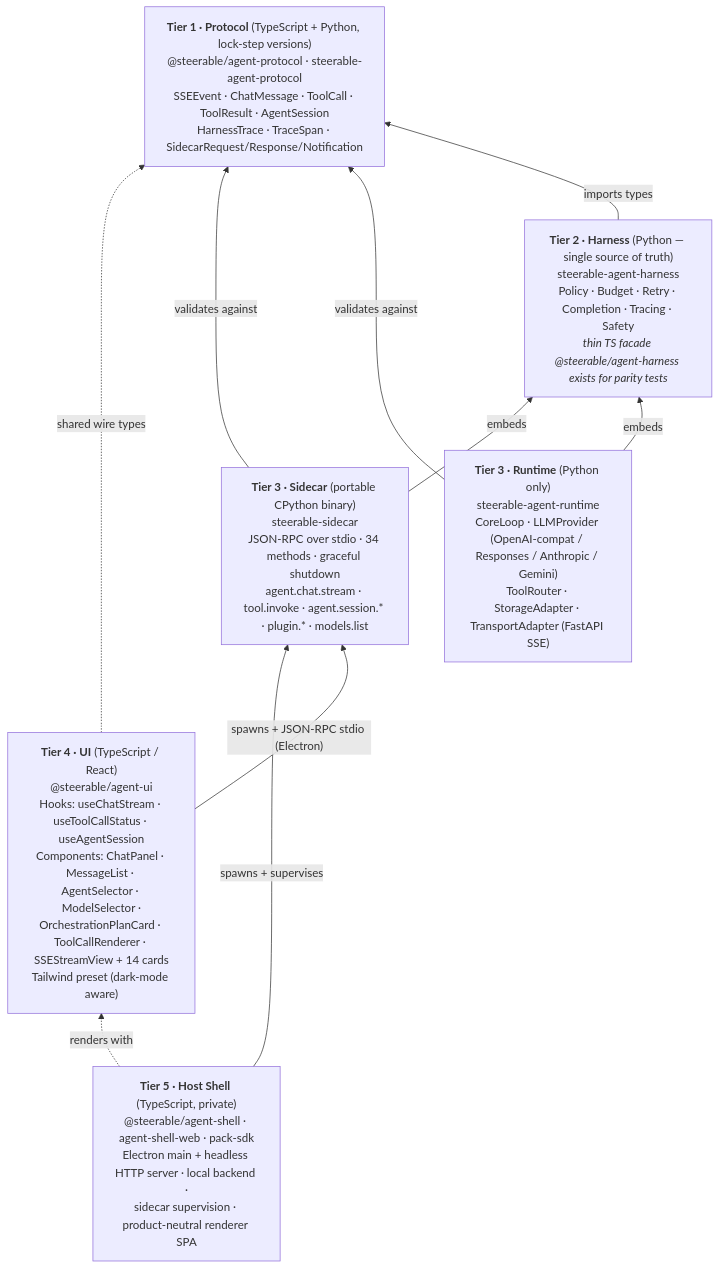
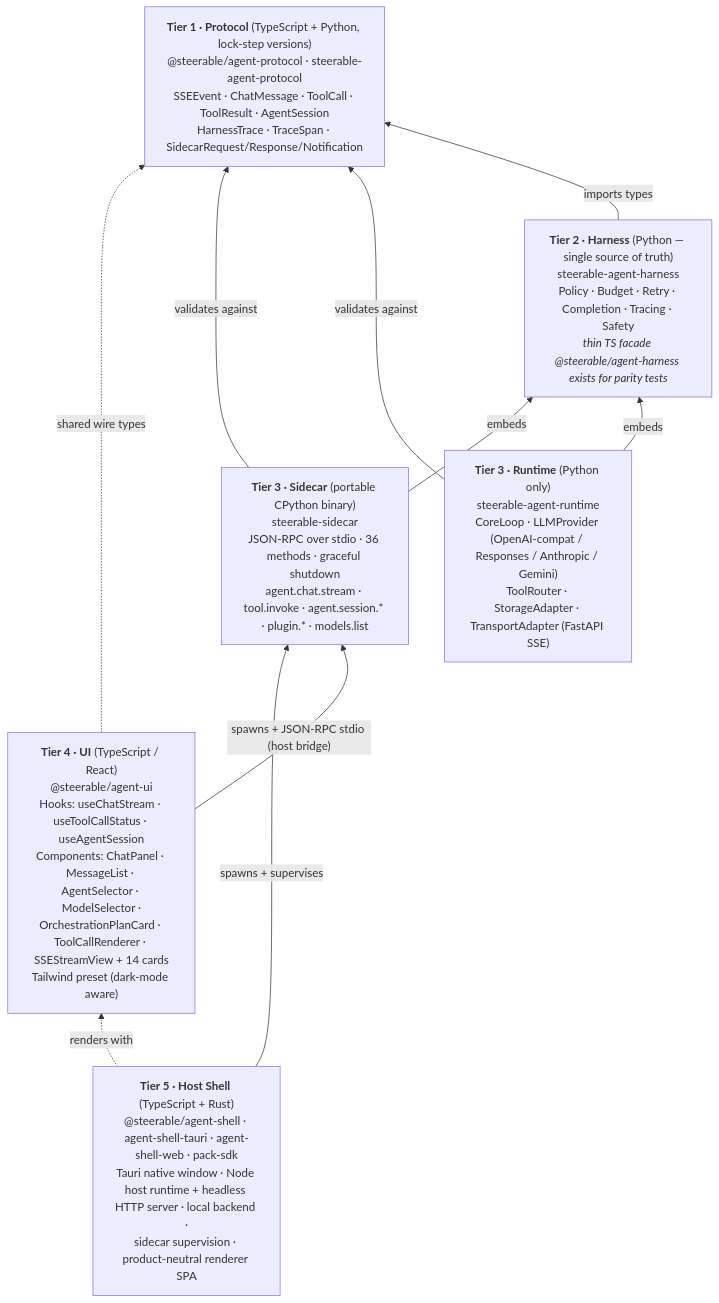
The diagram in docs/index.md (pathlyapp/steerable), drawn with Mermaid before and after one commit. The commit also changed other lines of this file and 8 other files, not shown here.

````diff
--- a/docs/index.md
+++ b/docs/index.md
@@ -416,24 +416,24 @@
 ```mermaid
 graph BT
-  T5["<b>Tier 5 · Host Shell</b> (TypeScript, private)<br/>@steerable/agent-shell · agent-shell-web · pack-sdk<br/>Electron main + headless HTTP server · local backend ·<br/>sidecar supervision · product-neutral renderer SPA"]
+  T5["<b>Tier 5 · Host Shell</b> (TypeScript + Rust)<br/>@steerable/agent-shell · agent-shell-tauri · agent-shell-web · pack-sdk<br/>Tauri native window · Node host runtime + headless HTTP server · local backend ·<br/>sidecar supervision · product-neutral renderer SPA"]
 
   T4["<b>Tier 4 · UI</b> (TypeScript / React)<br/>@steerable/agent-ui<br/>Hooks: useChatStream · useToolCallStatus · useAgentSession<br/>Components: ChatPanel · MessageList · AgentSelector · ModelSelector ·<br/>OrchestrationPlanCard · ToolCallRenderer · SSEStreamView + 14 cards<br/>Tailwind preset (dark-mode aware)"]
 
-  T3S["<b>Tier 3 · Sidecar</b> (portable CPython binary)<br/>steerable-sidecar<br/>JSON-RPC over stdio · 34 methods · graceful shutdown<br/>agent.chat.stream · tool.invoke · agent.session.* · plugin.* · models.list"]
+  T3S["<b>Tier 3 · Sidecar</b> (portable CPython binary)<br/>steerable-sidecar<br/>JSON-RPC over stdio · 36 methods · graceful shutdown<br/>agent.chat.stream · tool.invoke · agent.session.* · plugin.* · models.list"]
 
   T3R["<b>Tier 3 · Runtime</b> (Python only)<br/>steerable-agent-runtime<br/>CoreLoop · LLMProvider (OpenAI-compat / Responses / Anthropic / Gemini)<br/>ToolRouter · StorageAdapter · TransportAdapter (FastAPI SSE)"]
 
   T2["<b>Tier 2 · Harness</b> (Python — single source of truth)<br/>steerable-agent-harness<br/>Policy · Budget · Retry · Completion · Tracing · Safety<br/><i>thin TS facade @steerable/agent-harness exists for parity tests</i>"]
 
   T1["<b>Tier 1 · Protocol</b> (TypeScript + Python, lock-step versions)<br/>@steerable/agent-protocol · steerable-agent-protocol<br/>SSEEvent · ChatMessage · ToolCall · ToolResult · AgentSession<br/>HarnessTrace · TraceSpan · SidecarRequest/Response/Notification"]
 
   T5 -->|"spawns + supervises"| T3S
   T5 -.->|"renders with"| T4
   T4 -.->|"shared wire types"| T1
-  T4 -->|"spawns + JSON-RPC stdio (Electron)"| T3S
+  T4 -->|"spawns + JSON-RPC stdio (host bridge)"| T3S
   T3S -->|"embeds"| T2
   T3S -->|"validates against"| T1
   T3R -->|"embeds"| T2
   T3R -->|"validates against"| T1
   T2 -->|"imports types"| T1
 ```
````
